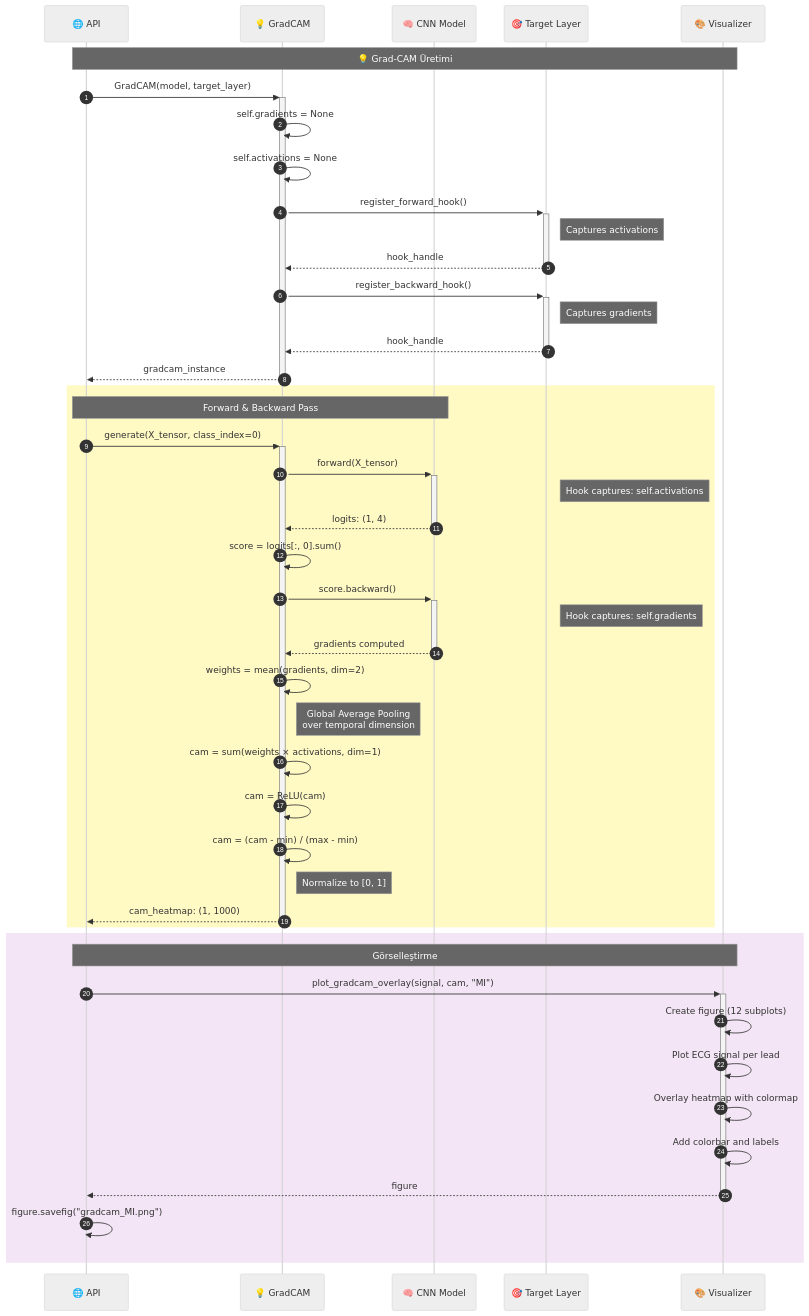
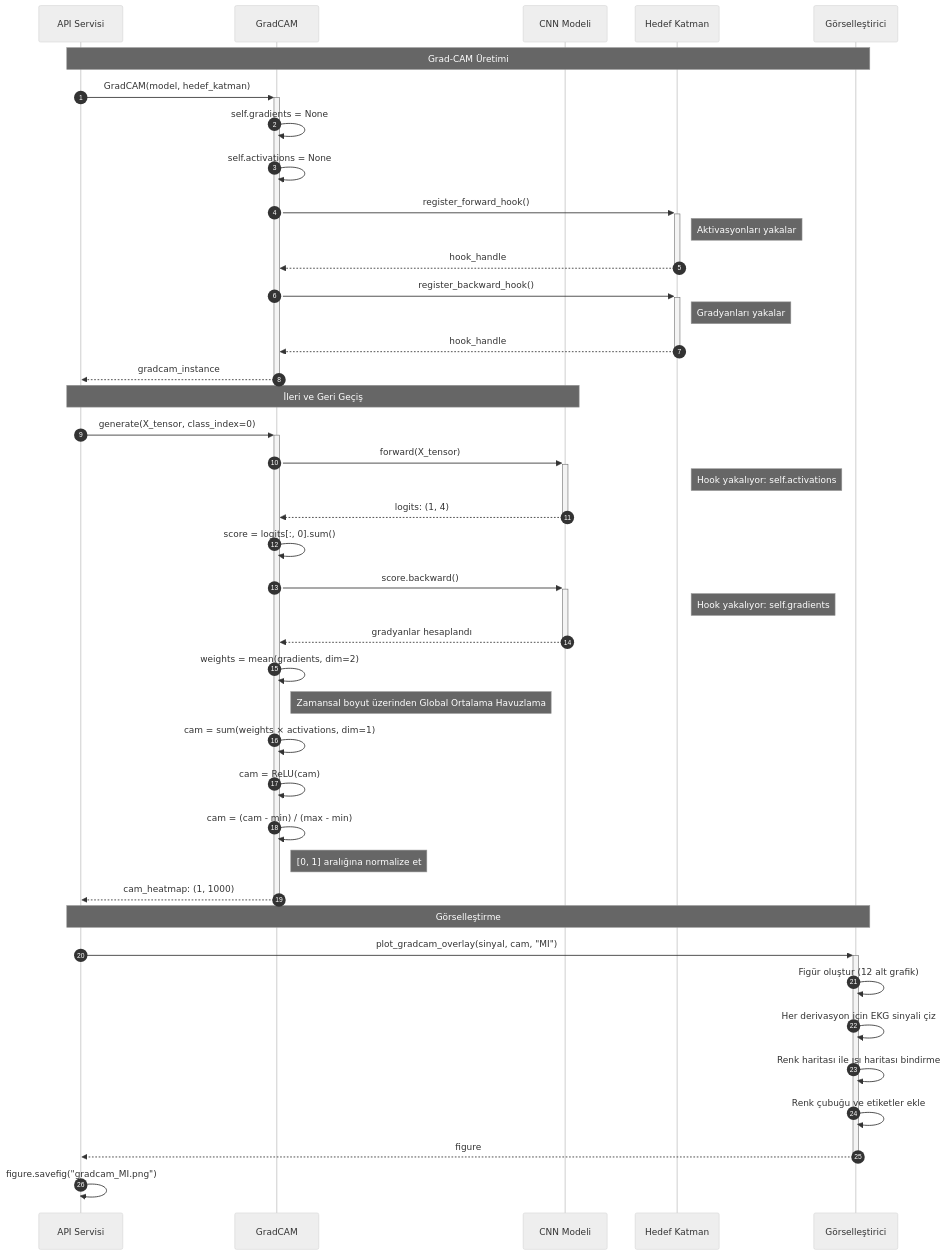
One commit to mUsaulug/CardioGuard-AI changed the fifth of 10 diagrams in docs/diagrams/06_sequence_diagram.md. Above: the diagram before and after it, drawn with Mermaid (neutral theme). The commit also changed other lines of this file and 5 other files, not shown here.

````diff
--- a/docs/diagrams/06_sequence_diagram.md
+++ b/docs/diagrams/06_sequence_diagram.md
@@ -346,62 +334,60 @@
 ```mermaid
 sequenceDiagram
     autonumber
     
-    participant API as 🌐 API
-    participant GC as 💡 GradCAM
-    participant Model as 🧠 CNN Model
-    participant Target as 🎯 Target Layer
-    participant Viz as 🎨 Visualizer
+    participant API as API Servisi
+    participant GC as GradCAM
+    participant Model as CNN Modeli
+    participant Target as Hedef Katman
+    participant Viz as Görselleştirici
     
-    Note over API, Viz: 💡 Grad-CAM Üretimi
+    Note over API, Viz: Grad-CAM Üretimi
     
-    API->>+GC: GradCAM(model, target_layer)
+    API->>+GC: GradCAM(model, hedef_katman)
     GC->>GC: self.gradients = None
     GC->>GC: self.activations = None
     
     GC->>+Target: register_forward_hook()
-    Note right of Target: Captures activations
+    Note right of Target: Aktivasyonları yakalar
     Target-->>-GC: hook_handle
     
     GC->>+Target: register_backward_hook()
-    Note right of Target: Captures gradients
+    Note right of Target: Gradyanları yakalar
     Target-->>-GC: hook_handle
     
     GC-->>-API: gradcam_instance
     
-    rect rgb(255, 249, 196)
-        Note over API, Model: Forward & Backward Pass
-        API->>+GC: generate(X_tensor, class_index=0)
-        
-        GC->>+Model: forward(X_tensor)
-        Note right of Target: Hook captures: self.activations
-        Model-->>-GC: logits: (1, 4)
-        
-        GC->>GC: score = logits[:, 0].sum()
-        GC->>+Model: score.backward()
-        Note right of Target: Hook captures: self.gradients
-        Model-->>-GC: gradients computed
-        
-        GC->>GC: weights = mean(gradients, dim=2)
-        Note right of GC: Global Average Pooling<br/>over temporal dimension
-        
-        GC->>GC: cam = sum(weights × activations, dim=1)
-        GC->>GC: cam = ReLU(cam)
-        GC->>GC: cam = (cam - min) / (max - min)
-        Note right of GC: Normalize to [0, 1]
-        
-        GC-->>-API: cam_heatmap: (1, 1000)
-    end
+    Note over API, Model: İleri ve Geri Geçiş
     
-    rect rgb(243, 229, 245)
-        Note over API, Viz: Görselleştirme
-        API->>+Viz: plot_gradcam_overlay(signal, cam, "MI")
-        Viz->>Viz: Create figure (12 subplots)
-        Viz->>Viz: Plot ECG signal per lead
-        Viz->>Viz: Overlay heatmap with colormap
-        Viz->>Viz: Add colorbar and labels
-        Viz-->>-API: figure
-        
-        API->>API: figure.savefig("gradcam_MI.png")
-    end
+    API->>+GC: generate(X_tensor, class_index=0)
+    
+    GC->>+Model: forward(X_tensor)
+    Note right of Target: Hook yakalıyor: self.activations
+    Model-->>-GC: logits: (1, 4)
+    
+    GC->>GC: score = logits[:, 0].sum()
+    GC->>+Model: score.backward()
+    Note right of Target: Hook yakalıyor: self.gradients
+    Model-->>-GC: gradyanlar hesaplandı
+    
+    GC->>GC: weights = mean(gradients, dim=2)
+    Note right of GC: Zamansal boyut üzerinden Global Ortalama Havuzlama
+    
+    GC->>GC: cam = sum(weights × activations, dim=1)
+    GC->>GC: cam = ReLU(cam)
+    GC->>GC: cam = (cam - min) / (max - min)
+    Note right of GC: [0, 1] aralığına normalize et
+    
+    GC-->>-API: cam_heatmap: (1, 1000)
+    
+    Note over API, Viz: Görselleştirme
+    
+    API->>+Viz: plot_gradcam_overlay(sinyal, cam, "MI")
+    Viz->>Viz: Figür oluştur (12 alt grafik)
+    Viz->>Viz: Her derivasyon için EKG sinyali çiz
+    Viz->>Viz: Renk haritası ile ısı haritası bindirme
+    Viz->>Viz: Renk çubuğu ve etiketler ekle
+    Viz-->>-API: figure
+    
+    API->>API: figure.savefig("gradcam_MI.png")
 ```
````
